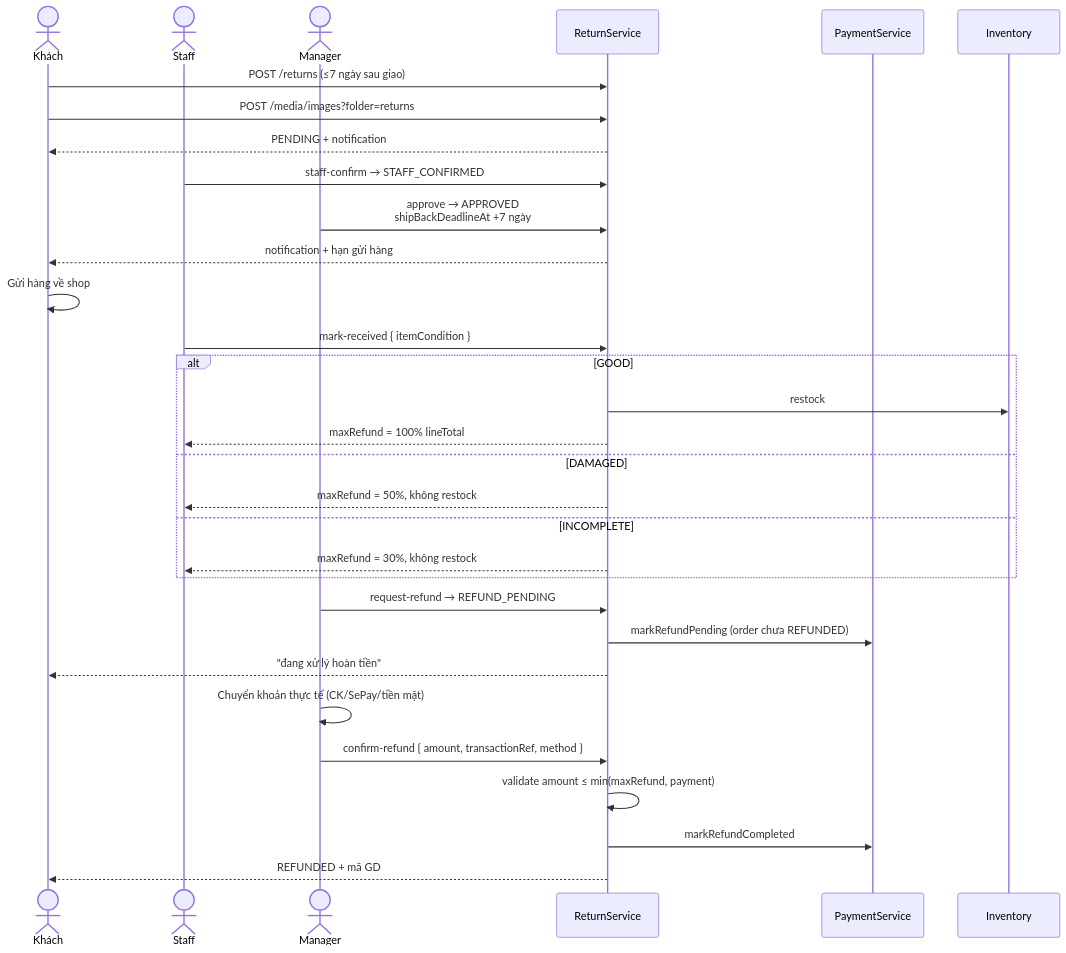
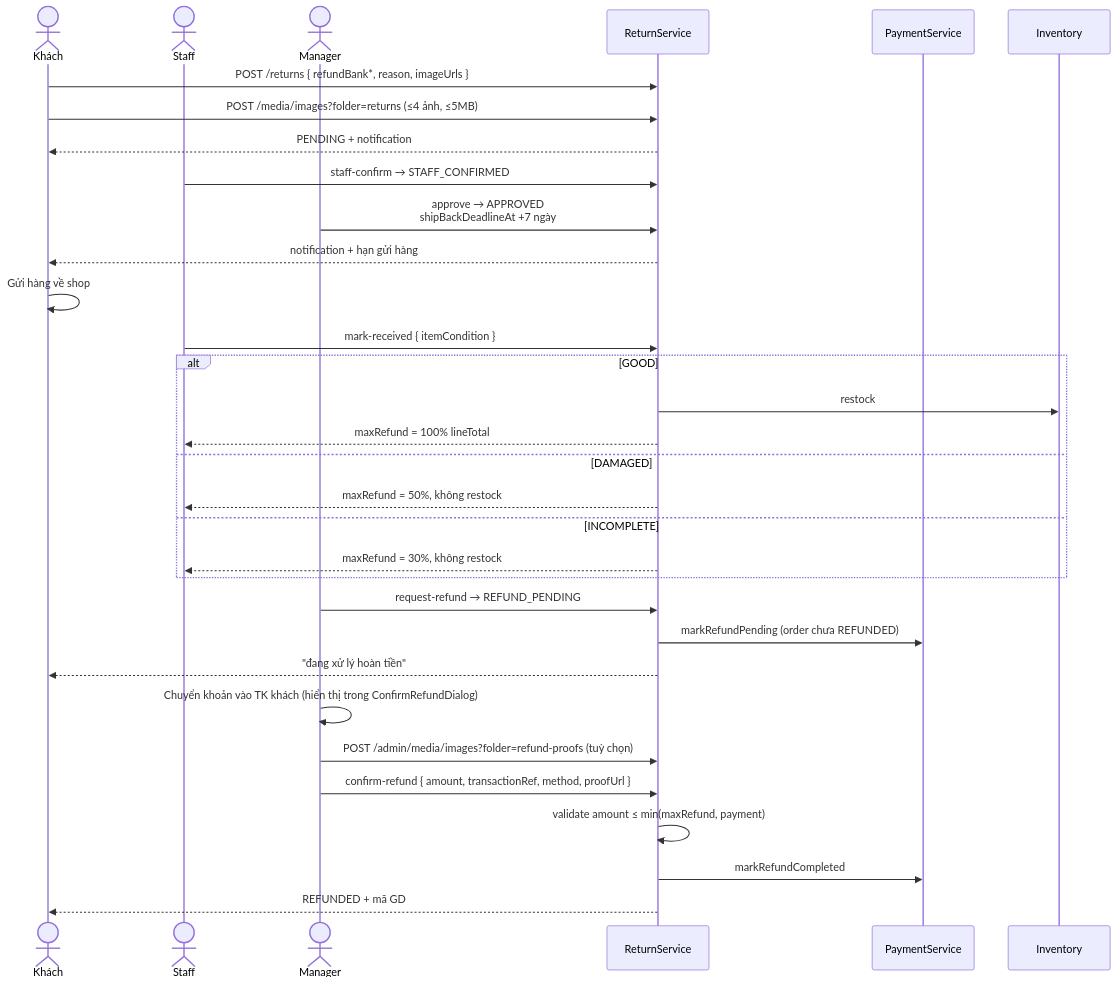
One commit to trantuanhung1209/sole_ecommerce changed the ninth of 18 diagrams in docs/FUNCTIONAL_FLOWS.md. Above: the diagram before and after it, drawn with Mermaid. The commit also changed other lines of this file and 32 other files, not shown here.

First line of the commit message:
feat(returns): bank refund flow, detail pages, and doc consolidation

````diff
--- a/docs/FUNCTIONAL_FLOWS.md
+++ b/docs/FUNCTIONAL_FLOWS.md
@@ -270,38 +270,39 @@
 ```mermaid
 sequenceDiagram
   actor K as Khách
   actor S as Staff
   actor M as Manager
   participant BE as ReturnService
   participant Pay as PaymentService
   participant Inv as Inventory
 
-  K->>BE: POST /returns (≤7 ngày sau giao)
-  K->>BE: POST /media/images?folder=returns
+  K->>BE: POST /returns { refundBank*, reason, imageUrls }
+  K->>BE: POST /media/images?folder=returns (≤4 ảnh, ≤5MB)
   BE-->>K: PENDING + notification
 
   S->>BE: staff-confirm → STAFF_CONFIRMED
   M->>BE: approve → APPROVED<br/>shipBackDeadlineAt +7 ngày
   BE-->>K: notification + hạn gửi hàng
 
   K->>K: Gửi hàng về shop
   S->>BE: mark-received { itemCondition }
   alt GOOD
     BE->>Inv: restock
     BE-->>S: maxRefund = 100% lineTotal
   else DAMAGED
     BE-->>S: maxRefund = 50%, không restock
   else INCOMPLETE
     BE-->>S: maxRefund = 30%, không restock
   end
 
   M->>BE: request-refund → REFUND_PENDING
   BE->>Pay: markRefundPending (order chưa REFUNDED)
   BE-->>K: "đang xử lý hoàn tiền"
 
-  M->>M: Chuyển khoản thực tế (CK/SePay/tiền mặt)
-  M->>BE: confirm-refund { amount, transactionRef, method }
+  M->>M: Chuyển khoản vào TK khách (hiển thị trong ConfirmRefundDialog)
+  M->>BE: POST /admin/media/images?folder=refund-proofs (tuỳ chọn)
+  M->>BE: confirm-refund { amount, transactionRef, method, proofUrl }
   BE->>BE: validate amount ≤ min(maxRefund, payment)
   BE->>Pay: markRefundCompleted
   BE-->>K: REFUNDED + mã GD
 ```
````
